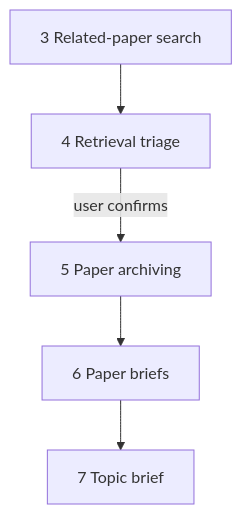
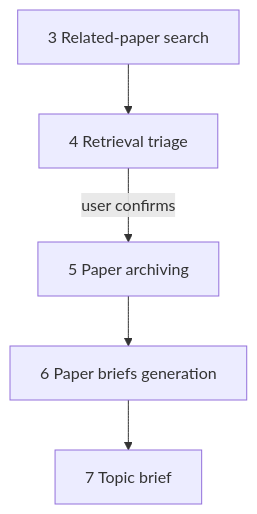
Before and after one commit to GustavoRusso/paper-reviewer: the diagram in docs/specs/04-retrieval-triage.md, drawn with Mermaid. The commit also changed other lines of this file and 11 other files, not shown here.

Commit message:
modified docs to separate terms: Paper brief (result artifact) and Paper briefs generation (workflow step).

````diff
--- a/docs/specs/04-retrieval-triage.md
+++ b/docs/specs/04-retrieval-triage.md
@@ -44,12 +44,12 @@
 ```mermaid
 flowchart TB
   search[3 Related-paper search]
   triage[4 Retrieval triage]
   archive[5 Paper archiving]
-  briefs[6 Paper briefs]
+  briefs[6 Paper briefs generation]
   topic[7 Topic brief]
   search --> triage
   triage -->|"user confirms"| archive
   archive --> briefs
   briefs --> topic
 ```
````
